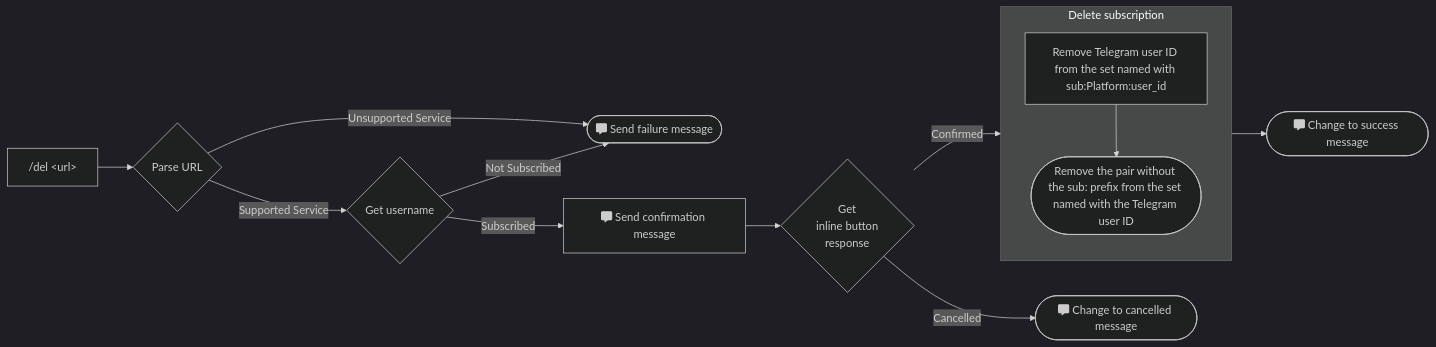
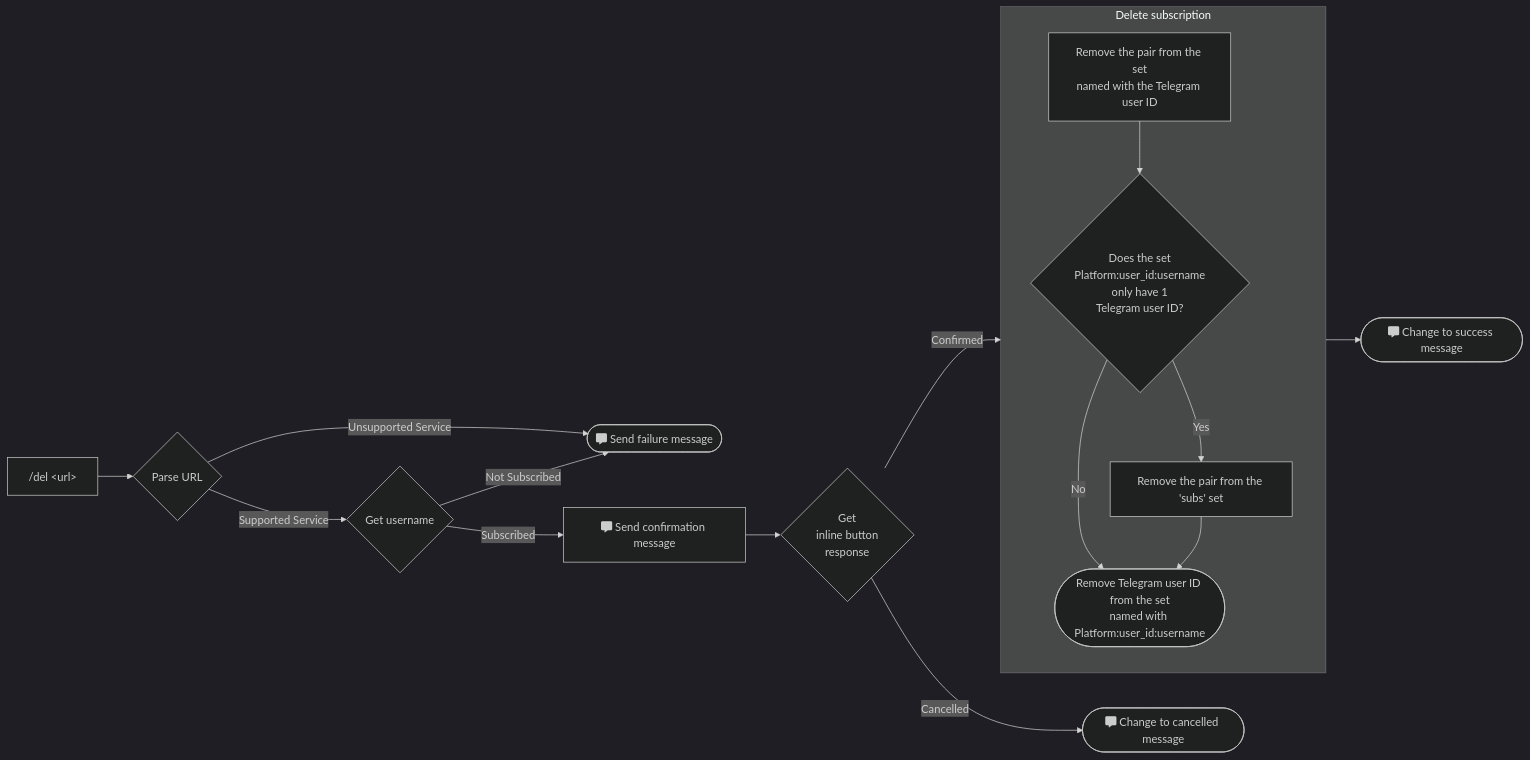
The second of 3 diagrams in Design.md (mikelei8291/Telescope), drawn with Mermaid (dark theme) before and after one commit. The commit also changed other lines of this file, not shown here.

Commit message:
doc: redesign add and delete subscription workflow

````diff
--- a/Design.md
+++ b/Design.md
@@ -29,16 +30,19 @@
   ```mermaid
   flowchart LR
     subgraph s1["Delete subscription"]
-      n3["Remove Telegram user ID from the set named with sub:Platform:user_id"]
-      n3 --> n4(["Remove the pair without the sub: prefix from the set named with the Telegram user ID"])
+      n1["Remove the pair from the set<br>named with the Telegram user ID"]
+      n1 --> n2{"Does the set<br>Platform:user_id:username<br>only have 1<br>Telegram user ID?"}
+      n2 -- Yes --> n3["Remove the pair from the 'subs' set"]
+      n2 -- No --> n4(["Remove Telegram user ID from the set<br>named with Platform:user_id:username"])
+      n3 --> n4
     end
     A["/del &lt;url&gt;"] --> B{"Parse URL"}
     B -- Supported Service --> C{"Get username"}
     B -- Unsupported Service --> D(["fa:fa-message Send failure message"])
     C -- Not Subscribed --> D
     C -- Subscribed --> E["fa:fa-message Send confirmation message"]
     E --> F{"Get<br>inline button<br>response"}
     F -- Confirmed --> s1
     s1 --> H(["fa:fa-message Change to success message"])
     F -- Cancelled --> I(["fa:fa-message Change to cancelled message"])
   ```
````
